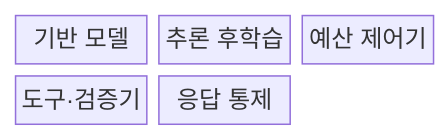
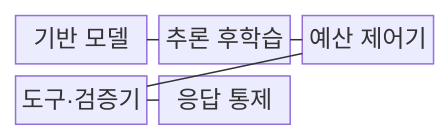
One commit to agnusdei1207/knowledge-base changed the first of 2 diagrams in src/content/docs/notes/08-latest-tech/041_reasoning_llm.md. Above: the diagram before and after it, drawn with Mermaid. The commit also changed other lines of this file and 228 other files, not shown here.

````diff
--- a/src/content/docs/notes/08-latest-tech/041_reasoning_llm.md
+++ b/src/content/docs/notes/08-latest-tech/041_reasoning_llm.md
@@ -49,9 +49,13 @@
 ```mermaid
 block-beta
     columns 3
     B["기반 모델"]
     P["추론 후학습"]
     C["예산 제어기"]
     T["도구·검증기"]
     O["응답 통제"]
+    B --- P
+    P --- C
+    C --- T
+    T --- O
 ```
````
